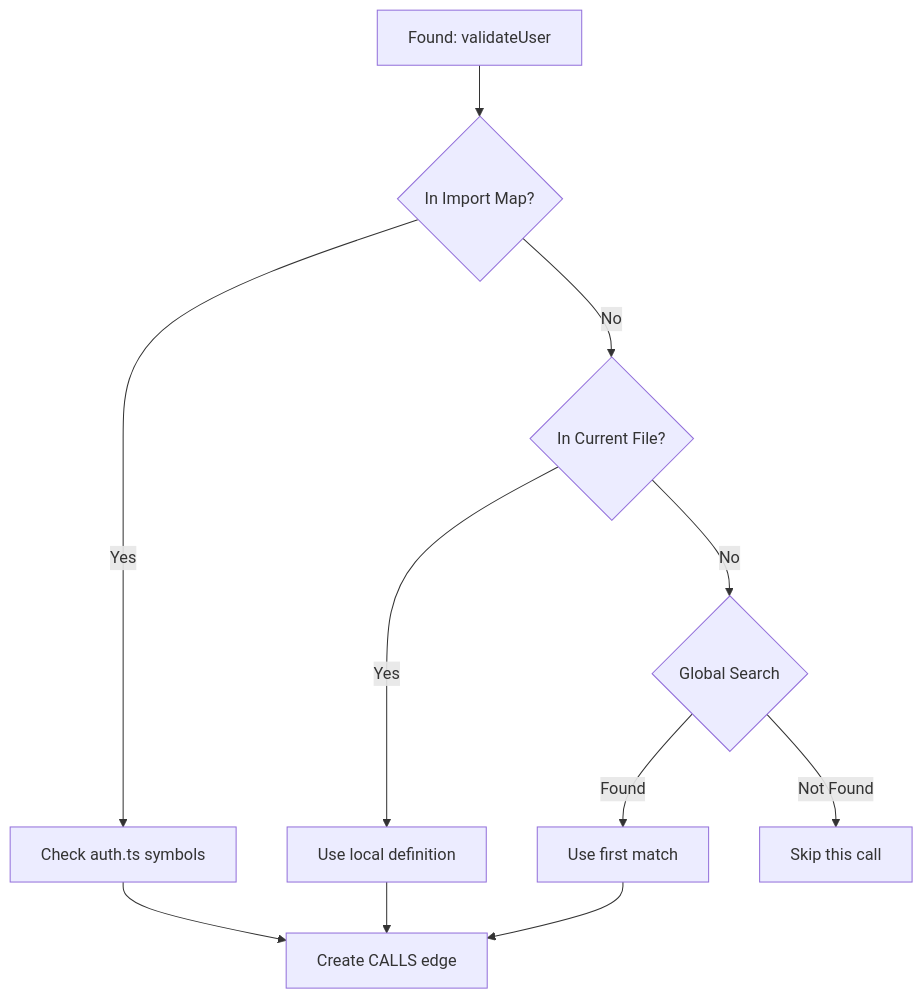
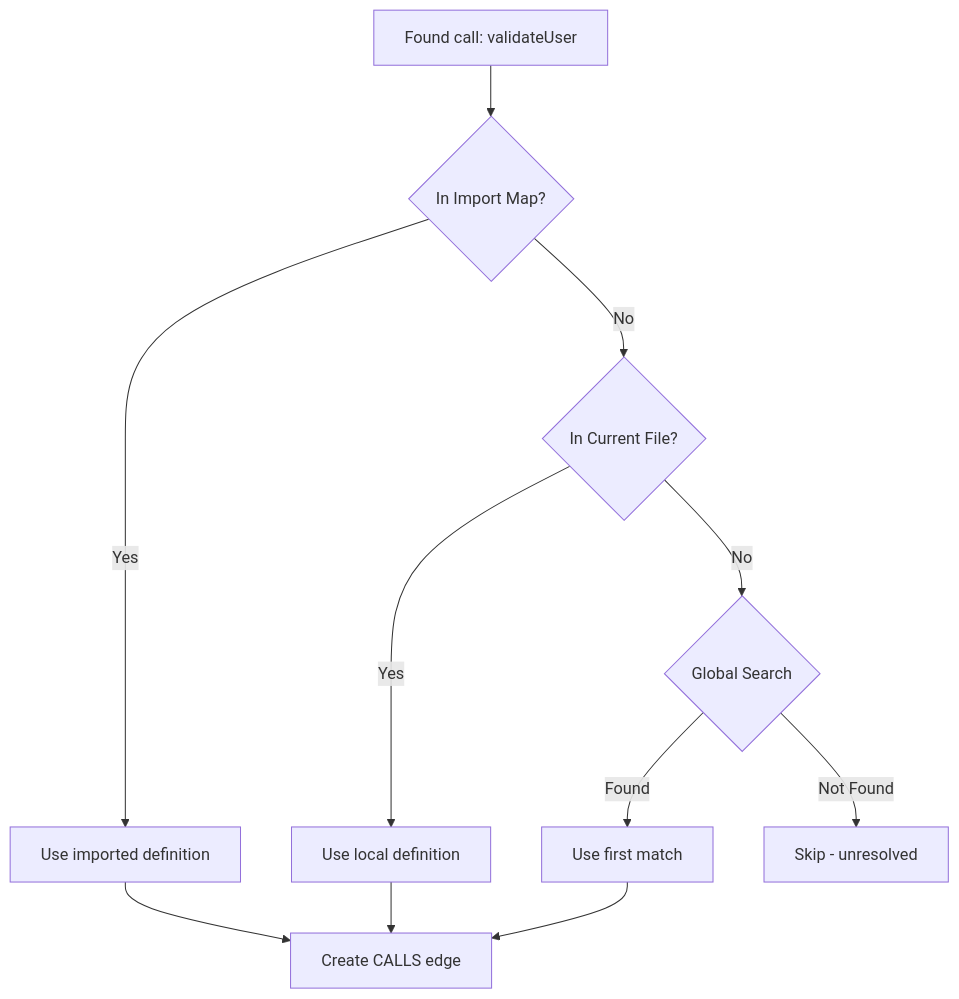
Before and after one commit to OliverNyx/NexusAI: the third of 11 diagrams in README.md, drawn with Mermaid. The commit also changed other lines of this file, not shown here.

````diff
--- a/README.md
+++ b/README.md
@@ -355,20 +114,14 @@
 ```mermaid
 flowchart TD
-    CALL[Found: validateUser] --> CHECK1
-  
-    CHECK1{In Import Map?}
-    CHECK1 -->|Yes| FOUND1[Check auth.ts symbols]
-    CHECK1 -->|No| CHECK2
-  
-    CHECK2{In Current File?}
+    CALL[Found call: validateUser] --> CHECK1{In Import Map?}
+    CHECK1 -->|Yes| FOUND1[Use imported definition]
+    CHECK1 -->|No| CHECK2{In Current File?}
     CHECK2 -->|Yes| FOUND2[Use local definition]
-    CHECK2 -->|No| CHECK3
-  
-    CHECK3{Global Search}
+    CHECK2 -->|No| CHECK3{Global Search}
     CHECK3 -->|Found| FOUND3[Use first match]
-    CHECK3 -->|Not Found| SKIP[Skip this call]
-  
-    FOUND1 --> DONE[Create CALLS edge]
-    FOUND2 --> DONE
-    FOUND3 --> DONE
+    CHECK3 -->|Not Found| SKIP[Skip - unresolved]
+    
+    FOUND1 --> EDGE[Create CALLS edge]
+    FOUND2 --> EDGE
+    FOUND3 --> EDGE
 ```
````
